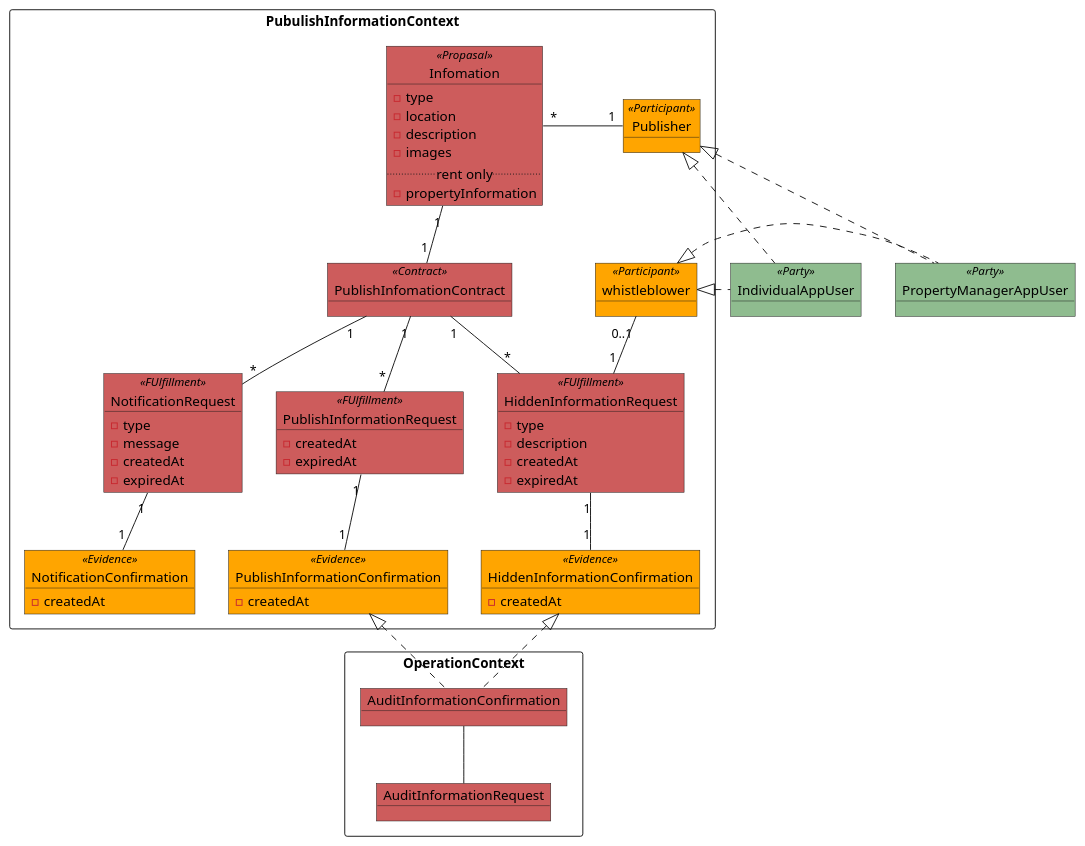
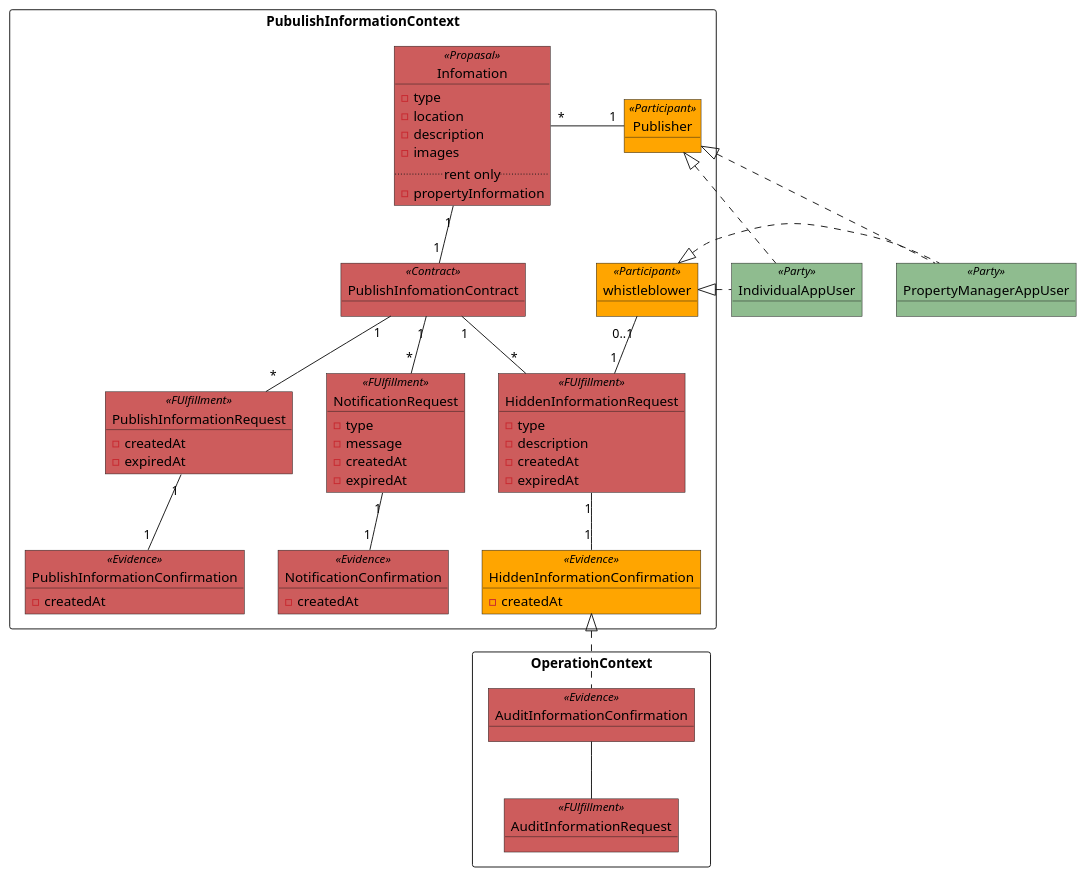
Before and after one commit to scglwsj/seele: the second of 3 diagrams in 8x/thought_tenement.puml, drawn with PlantUML. The commit also changed other lines of this file, not shown here.

```diff
--- a/8x/thought_tenement.puml
+++ b/8x/thought_tenement.puml
@@ -110,74 +106,72 @@
 @startuml Publish_infomation
 package PubulishInformationContext <<Rectangle>> {
   object PublishInfomationContract <<Contract>> #IndianRed
   object Publisher <<Participant>> #Orange
   object whistleblower <<Participant>> #Orange
 
   object Infomation <<Propasal>> #IndianRed {
     - type
     - location
     - description
     - images
     .. rent only ..
     - propertyInformation
   }
 
   object NotificationRequest <<FUlfillment>> #IndianRed {
     - type
     - message
     - createdAt
     - expiredAt
   }
 
-  object NotificationConfirmation <<Evidence>> #Orange {
+  object NotificationConfirmation <<Evidence>> #IndianRed {
     - createdAt
   }
 
   object HiddenInformationRequest <<FUlfillment>> #IndianRed {
     - type
     - description
     - createdAt
     - expiredAt
   }
 
   object HiddenInformationConfirmation <<Evidence>> #Orange {
     - createdAt
   }
 
   object PublishInformationRequest <<FUlfillment>> #IndianRed {
     - createdAt
     - expiredAt
   }
 
-  object PublishInformationConfirmation <<Evidence>> #Orange {
+  object PublishInformationConfirmation <<Evidence>> #IndianRed {
     - createdAt
   }
 
   Publisher "1" -left- "*"  Infomation
   whistleblower "0..1" -- "1"  HiddenInformationRequest
   Infomation "1" -- "1" PublishInfomationContract
   PublishInfomationContract "1" -- "*" HiddenInformationRequest
   HiddenInformationRequest "1" -- "1" HiddenInformationConfirmation
   HiddenInformationRequest -left[hidden]- PublishInformationRequest
-  NotificationRequest -right[hidden]- PublishInformationRequest
   PublishInfomationContract "1" -- "*" PublishInformationRequest
   PublishInformationRequest "1" -- "1" PublishInformationConfirmation
   PublishInfomationContract "1" -- "*" NotificationRequest
   NotificationRequest "1" -- "1" NotificationConfirmation
 }
 package OperationContext <<Rectangle>> {
-  object AuditInformationRequest #IndianRed
-  object AuditInformationConfirmation #IndianRed
+  object AuditInformationRequest <<FUlfillment>> #IndianRed
+  object AuditInformationConfirmation <<Evidence>> #IndianRed
   AuditInformationConfirmation -- AuditInformationRequest
 }
 
 object IndividualAppUser <<Party>> #DarkSeaGreen
 object PropertyManagerAppUser <<Party>> #DarkSeaGreen
 
 IndividualAppUser .left.^ Publisher
 PropertyManagerAppUser .left.^ Publisher
 IndividualAppUser .left.^ whistleblower
 PropertyManagerAppUser .left.^ whistleblower
 HiddenInformationConfirmation ^.. AuditInformationConfirmation
-PublishInformationConfirmation ^.. AuditInformationConfirmation
 @enduml
```
